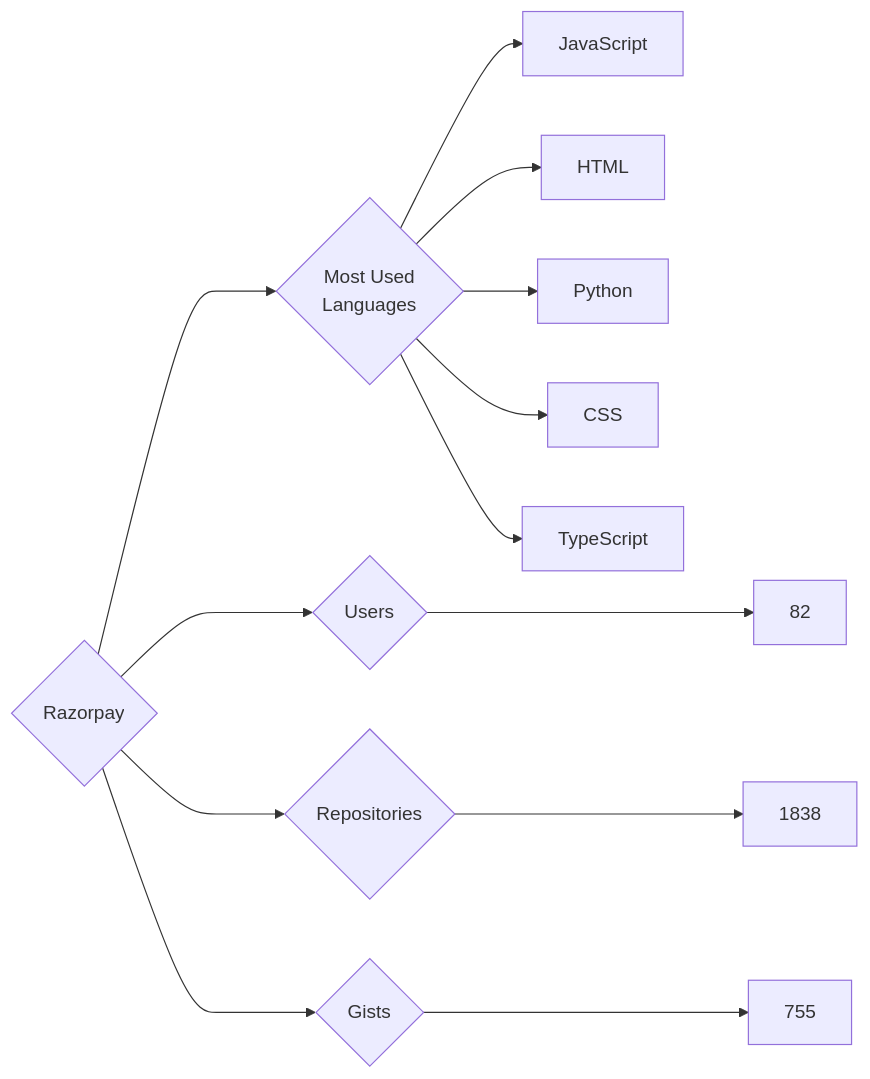
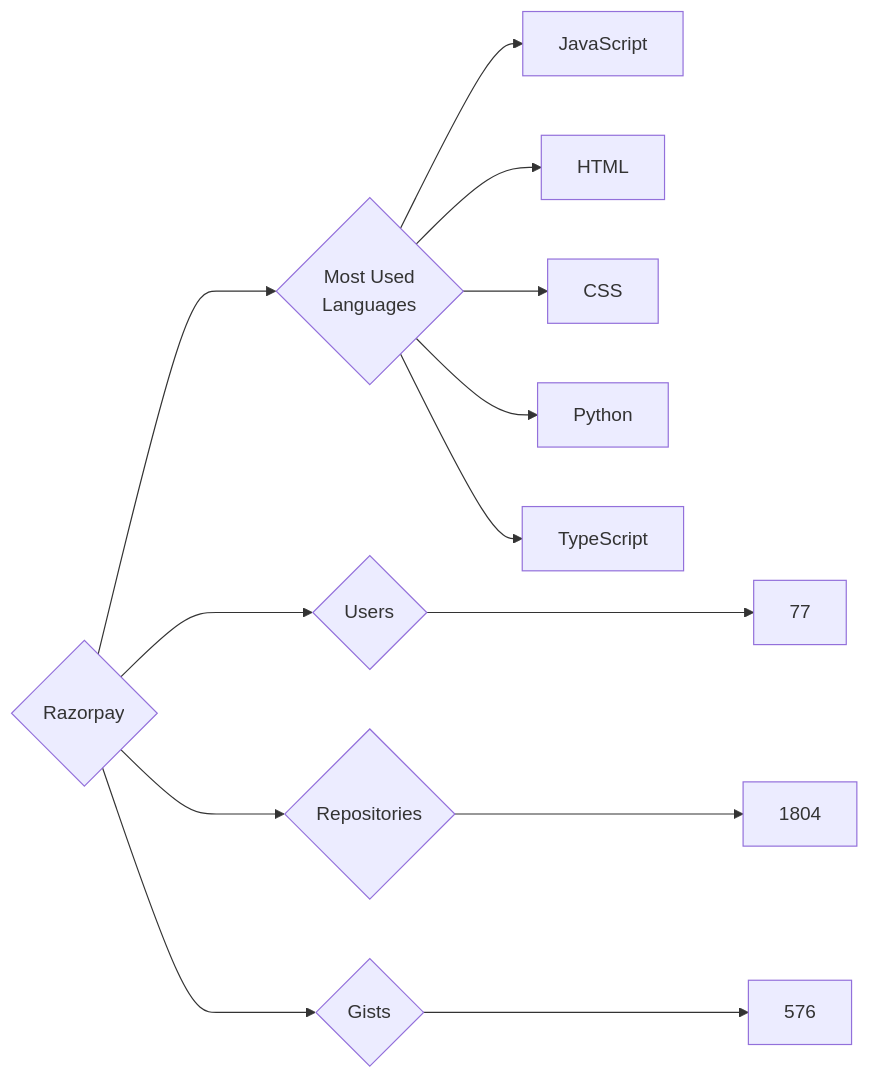
One commit to trickest/insiders changed the diagram in targets/Razorpay/README.md. Above: the diagram before and after it, drawn with Mermaid. The commit also changed 939 other files, not shown here.

````diff
--- a/targets/Razorpay/README.md
+++ b/targets/Razorpay/README.md
@@ -3,13 +3,13 @@
 ```mermaid
 graph LR
 COMPANY_NAME{Razorpay}
-COMPANY_NAME ---> U{Users} ---> UN[82]
-COMPANY_NAME ---> R{Repositories} ---> RN[1838]
-COMPANY_NAME ---> G{Gists} ---> GN[755]
+COMPANY_NAME ---> U{Users} ---> UN[77]
+COMPANY_NAME ---> R{Repositories} ---> RN[1804]
+COMPANY_NAME ---> G{Gists} ---> GN[576]
 COMPANY_NAME ---> ML{Most Used<br>Languages}
 ML --> JavaScript[JavaScript]
 ML --> HTML[HTML]
+ML --> CSS[CSS]
 ML --> Python[Python]
-ML --> CSS[CSS]
 ML --> TypeScript[TypeScript]
 ```
````
